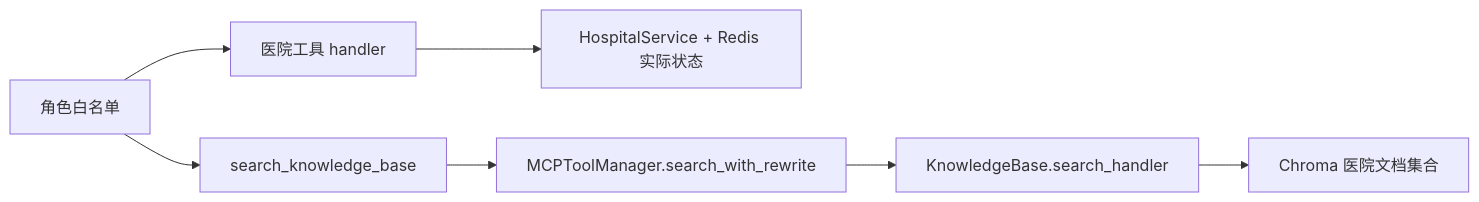
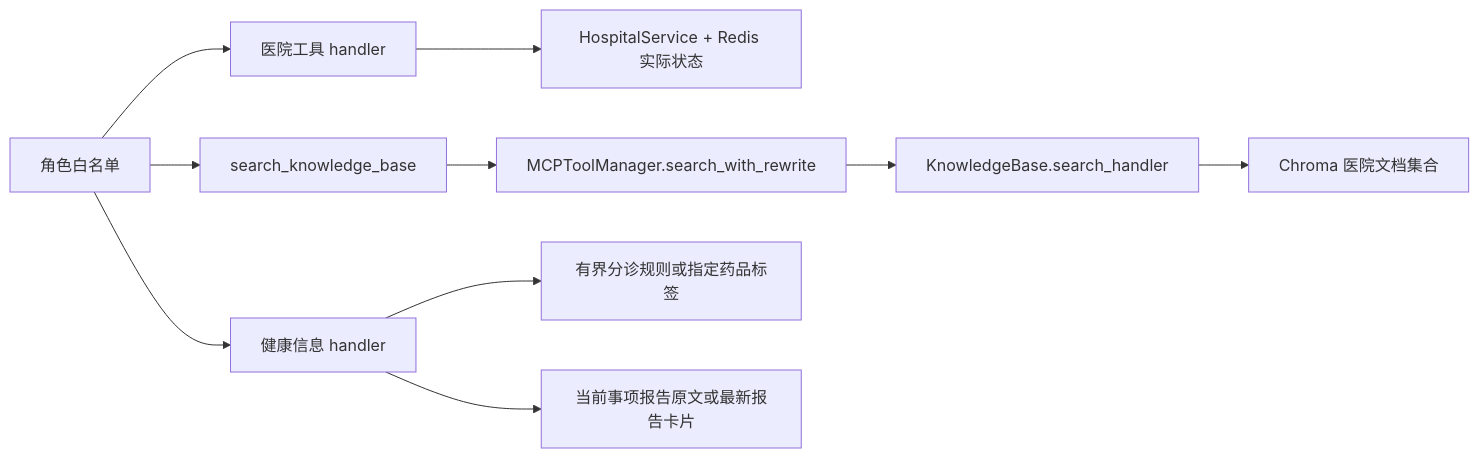
Before and after one commit to Ruacha00/MediPet: the diagram in docs/tools-rag.md, drawn with Mermaid. The commit also changed other lines of this file and 151 other files, not shown here.

````diff
--- a/docs/tools-rag.md
+++ b/docs/tools-rag.md
@@ -17,9 +28,12 @@
 ```mermaid
 flowchart LR
     A[角色白名单] --> B[医院工具 handler]
     B --> C[HospitalService + Redis 实际状态]
     A --> D[search_knowledge_base]
     D --> E[MCPToolManager.search_with_rewrite]
     E --> F[KnowledgeBase.search_handler]
     F --> G[Chroma 医院文档集合]
+    A --> H[健康信息 handler]
+    H --> I[有界分诊规则或指定药品标签]
+    H --> J[当前事项报告原文或最新报告卡片]
 ```
````
